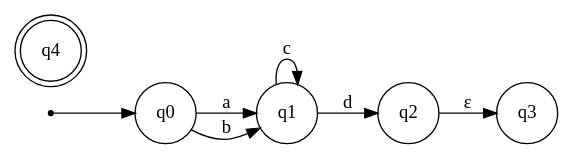
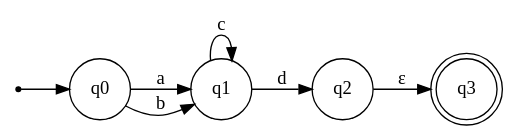
One commit to nsu-syspro/mpt-markup-basics-sorceses changed the diagram in solution/task3.gv. Above: the diagram before and after it, drawn with Graphviz.

```diff
--- a/solution/task3.gv
+++ b/solution/task3.gv
@@ -1,16 +1,16 @@
 digraph finite_state_machine {
     rankdir=LR;
     size="8,5"
     
     node [shape = point ]; start
-    node [shape = doublecircle]; q4
+    node [shape = doublecircle]; q3
     
     node [shape = circle];
     
     start -> q0;
     q0 -> q1 [ label = "a" ];
     q0 -> q1 [ label = "b" ];
+    q1 -> q1 [ label = "c" ];
     q1 -> q2 [ label = "d" ];
-    q1 -> q1 [ label = "c" ];
     q2 -> q3 [ label = "ε" ];
 }
```
